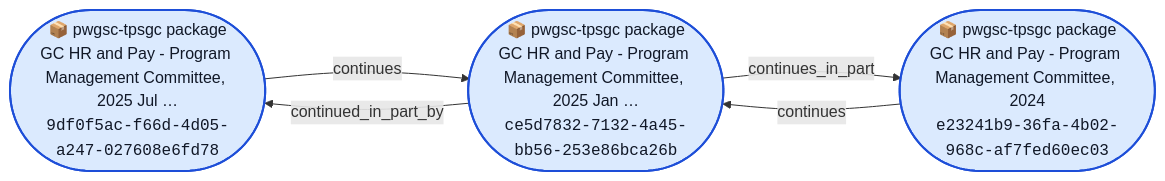
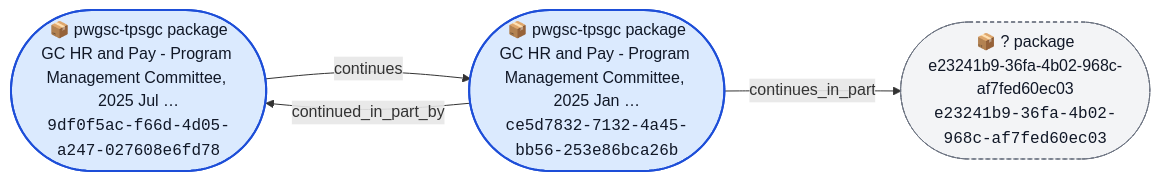
One commit to open-data/analytics-corporate-reporting changed the diagram in DATA_RELS_NETWORK_RPT/charts/pwgsc-tpsgc.md. Above: the diagram before and after it, drawn with Mermaid. The commit also changed 14 other files, not shown here.

````diff
--- a/DATA_RELS_NETWORK_RPT/charts/pwgsc-tpsgc.md
+++ b/DATA_RELS_NETWORK_RPT/charts/pwgsc-tpsgc.md
@@ -3,16 +3,15 @@
 ```mermaid
 flowchart LR
   N1(["📦 pwgsc-tpsgc package<br/>GC HR and Pay - Program Management Committee, 2025 Jul …<br/><code>9df0f5ac-f66d-4d05-a247-027608e6fd78</code>"])
   N2(["📦 pwgsc-tpsgc package<br/>GC HR and Pay - Program Management Committee, 2025 Jan …<br/><code>ce5d7832-7132-4a45-bb56-253e86bca26b</code>"])
-  N3(["📦 pwgsc-tpsgc package<br/>GC HR and Pay - Program Management Committee, 2024<br/><code>e23241b9-36fa-4b02-968c-af7fed60ec03</code>"])
+  N3(["📦 ? package<br/>e23241b9-36fa-4b02-968c-af7fed60ec03<br/><code>e23241b9-36fa-4b02-968c-af7fed60ec03</code>"])
   N1 -- "continues" --> N2
   N2 -- "continued_in_part_by" --> N1
   N2 -- "continues_in_part" --> N3
-  N3 -- "continues" --> N2
   class N1 seed
   class N2 seed
-  class N3 seed
+  class N3 url
   classDef seed fill:#dbeafe,stroke:#1d4ed8,stroke-width:2px,color:#111827
   classDef other fill:#ecfccb,stroke:#4d7c0f,stroke-width:1px,color:#111827
   classDef url fill:#f3f4f6,stroke:#6b7280,stroke-dasharray: 4 3,color:#111827
 ```
````
